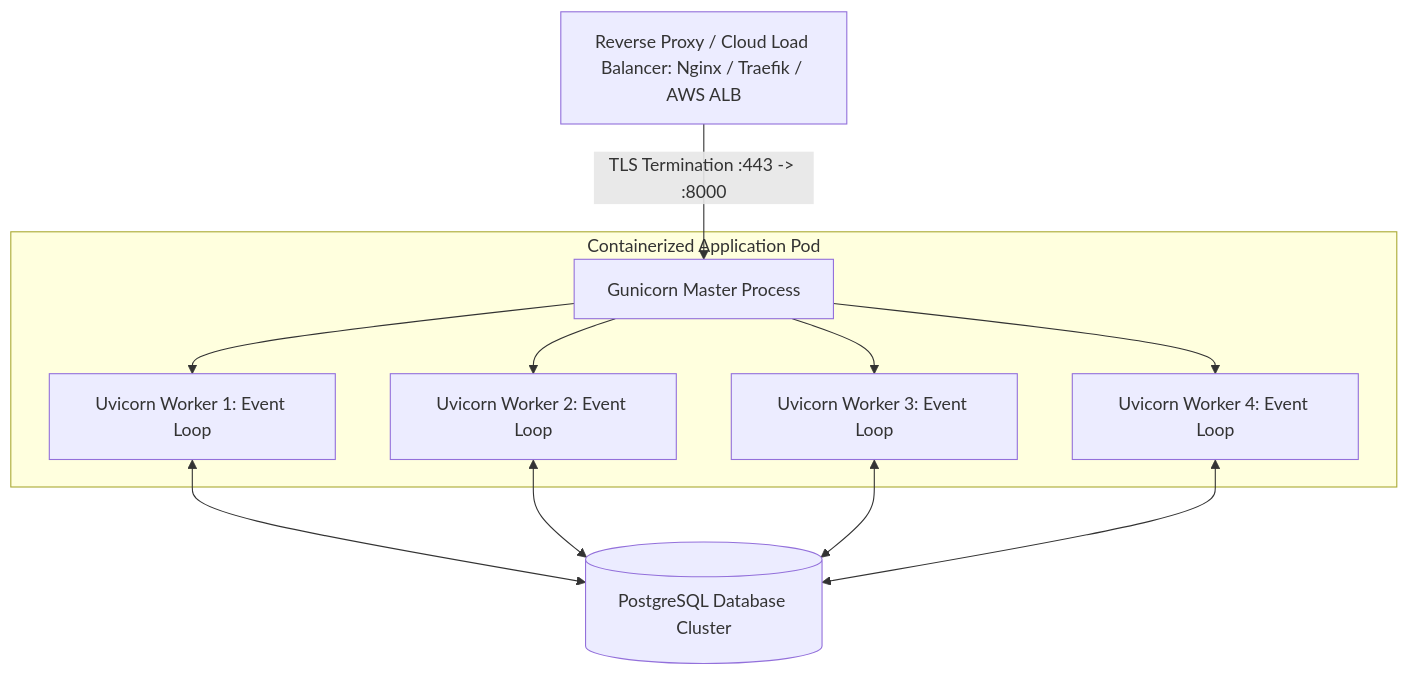
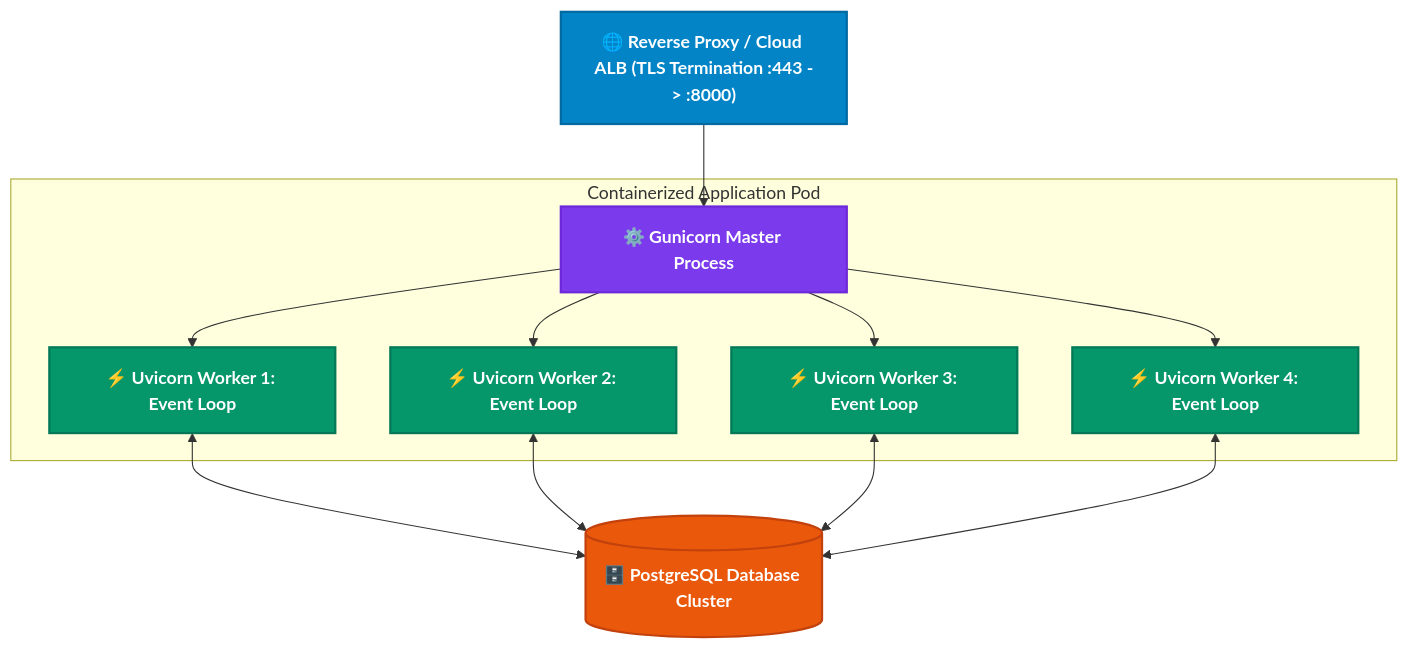
One commit to himanshu-jadhav108/FastAPI-Mastery changed the diagram in 21_deployment_production/README.md. Above: the diagram before and after it, drawn with Mermaid. The commit also changed 6 other files, not shown here.

Commit message:
docs: add modern high-contrast color palettes and badges to mermaid architecture diagrams

````diff
--- a/21_deployment_production/README.md
+++ b/21_deployment_production/README.md
@@ -20,16 +20,21 @@
 ```mermaid
 graph TD
-    LB[Reverse Proxy / Cloud Load Balancer: Nginx / Traefik / AWS ALB] -->|TLS Termination :443 -> :8000| Gunicorn[Gunicorn Master Process]
+    classDef proxyStyle fill:#0284c7,stroke:#0369a1,stroke-width:2px,color:#ffffff,font-weight:bold;
+    classDef masterStyle fill:#7c3aed,stroke:#6d28d9,stroke-width:2px,color:#ffffff,font-weight:bold;
+    classDef workerStyle fill:#059669,stroke:#047857,stroke-width:2px,color:#ffffff,font-weight:bold;
+    classDef dbStyle fill:#ea580c,stroke:#c2410c,stroke-width:2px,color:#ffffff,font-weight:bold;
+
+    LB["🌐 Reverse Proxy / Cloud ALB (TLS Termination :443 -> :8000)"]:::proxyStyle --> Gunicorn["⚙️ Gunicorn Master Process"]:::masterStyle
     
     subgraph Containerized Application Pod
-        Gunicorn --> Worker1[Uvicorn Worker 1: Event Loop]
-        Gunicorn --> Worker2[Uvicorn Worker 2: Event Loop]
-        Gunicorn --> Worker3[Uvicorn Worker 3: Event Loop]
-        Gunicorn --> Worker4[Uvicorn Worker 4: Event Loop]
+        Gunicorn --> Worker1["⚡ Uvicorn Worker 1: Event Loop"]:::workerStyle
+        Gunicorn --> Worker2["⚡ Uvicorn Worker 2: Event Loop"]:::workerStyle
+        Gunicorn --> Worker3["⚡ Uvicorn Worker 3: Event Loop"]:::workerStyle
+        Gunicorn --> Worker4["⚡ Uvicorn Worker 4: Event Loop"]:::workerStyle
     end
 
-    Worker1 <--> DB[(PostgreSQL Database Cluster)]
+    Worker1 <--> DB[("🗄️ PostgreSQL Database Cluster")]:::dbStyle
     Worker2 <--> DB
     Worker3 <--> DB
     Worker4 <--> DB
 ```
````
